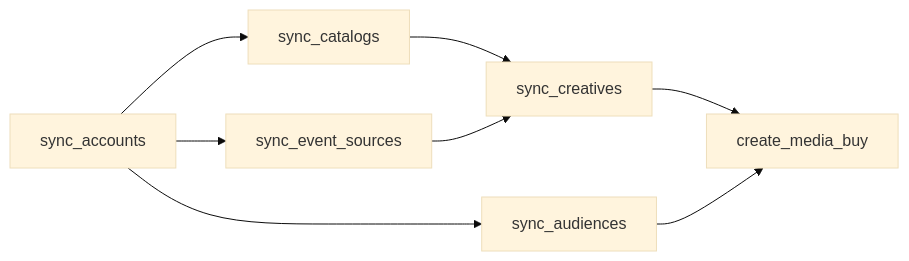
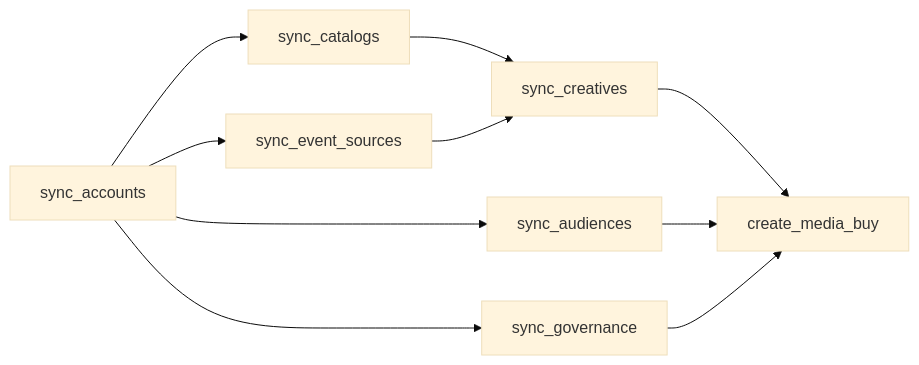
Before and after one commit to adcontextprotocol/adcp: the diagram in docs/building/integration/account-state.mdx, drawn with Mermaid (base theme). The commit also changed other lines of this file and 42 other files, not shown here.

````diff
--- a/docs/building/integration/account-state.mdx
+++ b/docs/building/integration/account-state.mdx
@@ -36,10 +37,12 @@
 ```mermaid
 flowchart LR
     A[sync_accounts] --> B[sync_catalogs]
     A --> C[sync_event_sources]
     B --> D[sync_creatives]
     C --> D
     A --> E[sync_audiences]
+    A --> G[sync_governance]
     D --> F[create_media_buy]
     E --> F
+    G --> F
 ```
````
